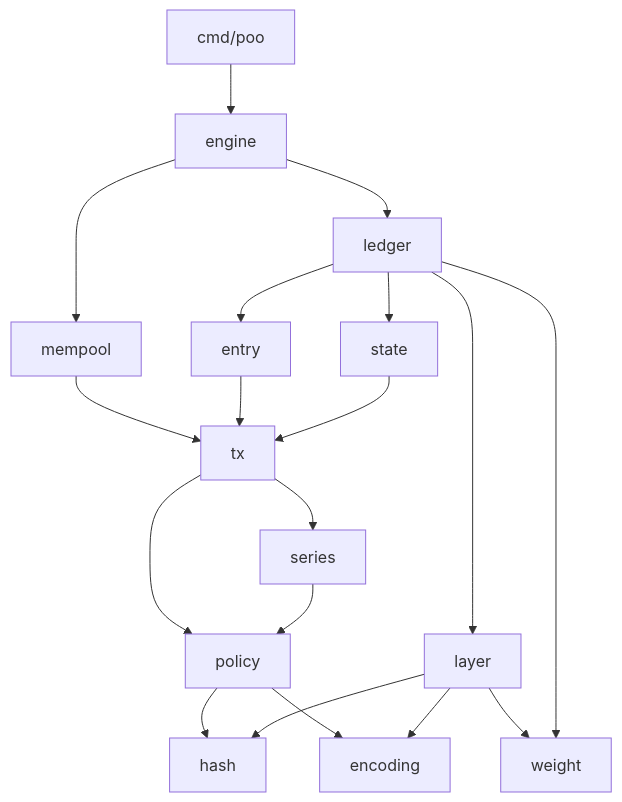
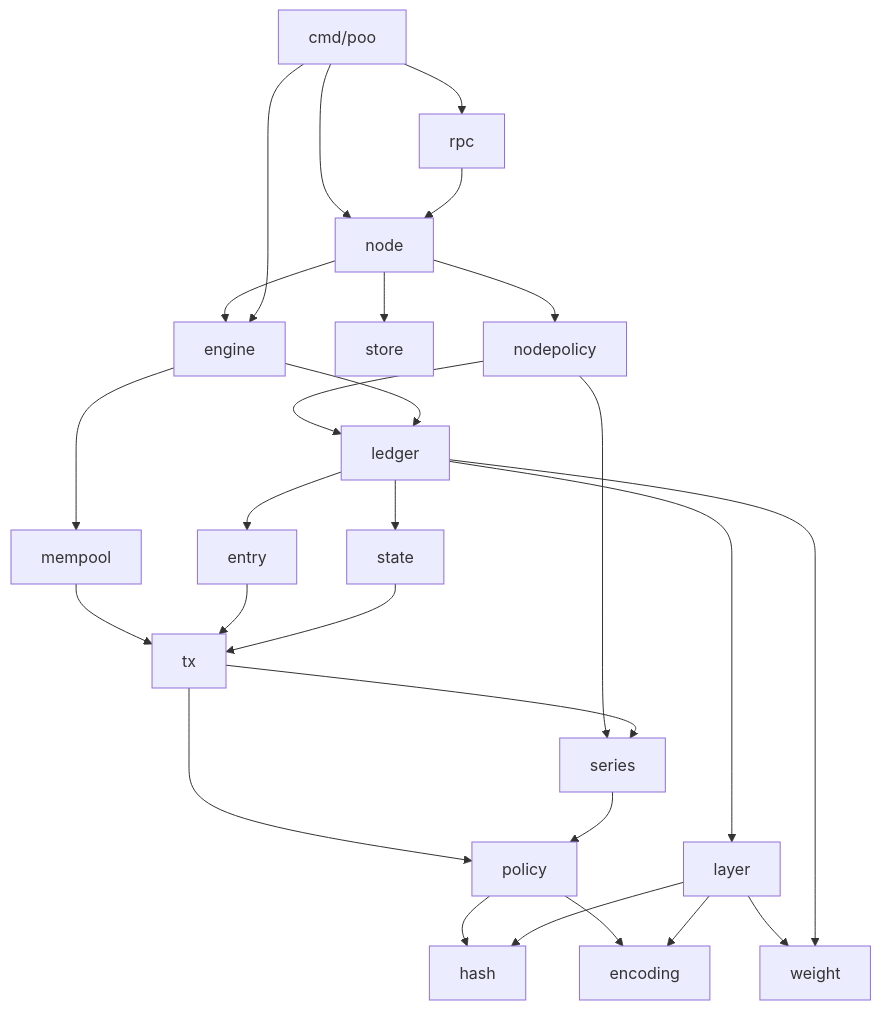
Before and after one commit to JogginTheNoggin/crypto-mint-net: the first of 2 diagrams in docs/architecture.md, drawn with Mermaid. The commit also changed other lines of this file and 15 other files, not shown here.

````diff
--- a/docs/architecture.md
+++ b/docs/architecture.md
@@ -18,21 +20,29 @@
 ```mermaid
 graph TD
-  cmd[cmd/poo] --> engine
+  cmd[cmd/poo] --> rpc
+  cmd --> node
+  rpc --> node
+  node --> engine
+  node --> store
+  node --> nodepolicy
+  nodepolicy --> ledger
+  nodepolicy --> series
+  cmd --> engine
   engine --> ledger
   engine --> mempool
   ledger --> entry
   ledger --> layer
   ledger --> state
   mempool --> tx
   entry --> tx
   state --> tx
   tx --> series
   tx --> policy
   series --> policy
   layer --> weight
   ledger --> weight
   policy --> hash
   policy --> encoding
   layer --> hash
   layer --> encoding
 ```
````
